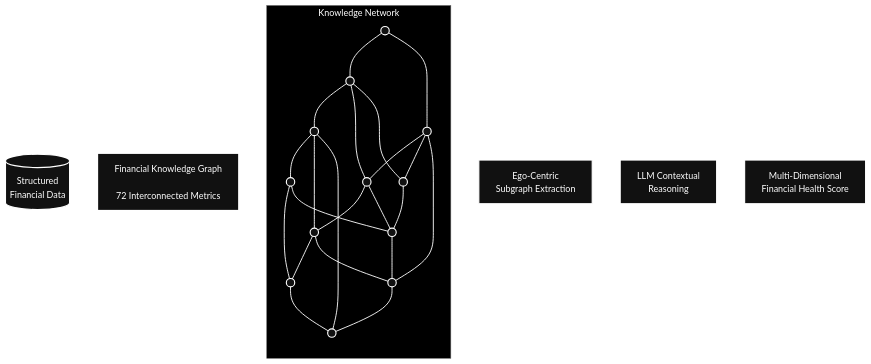
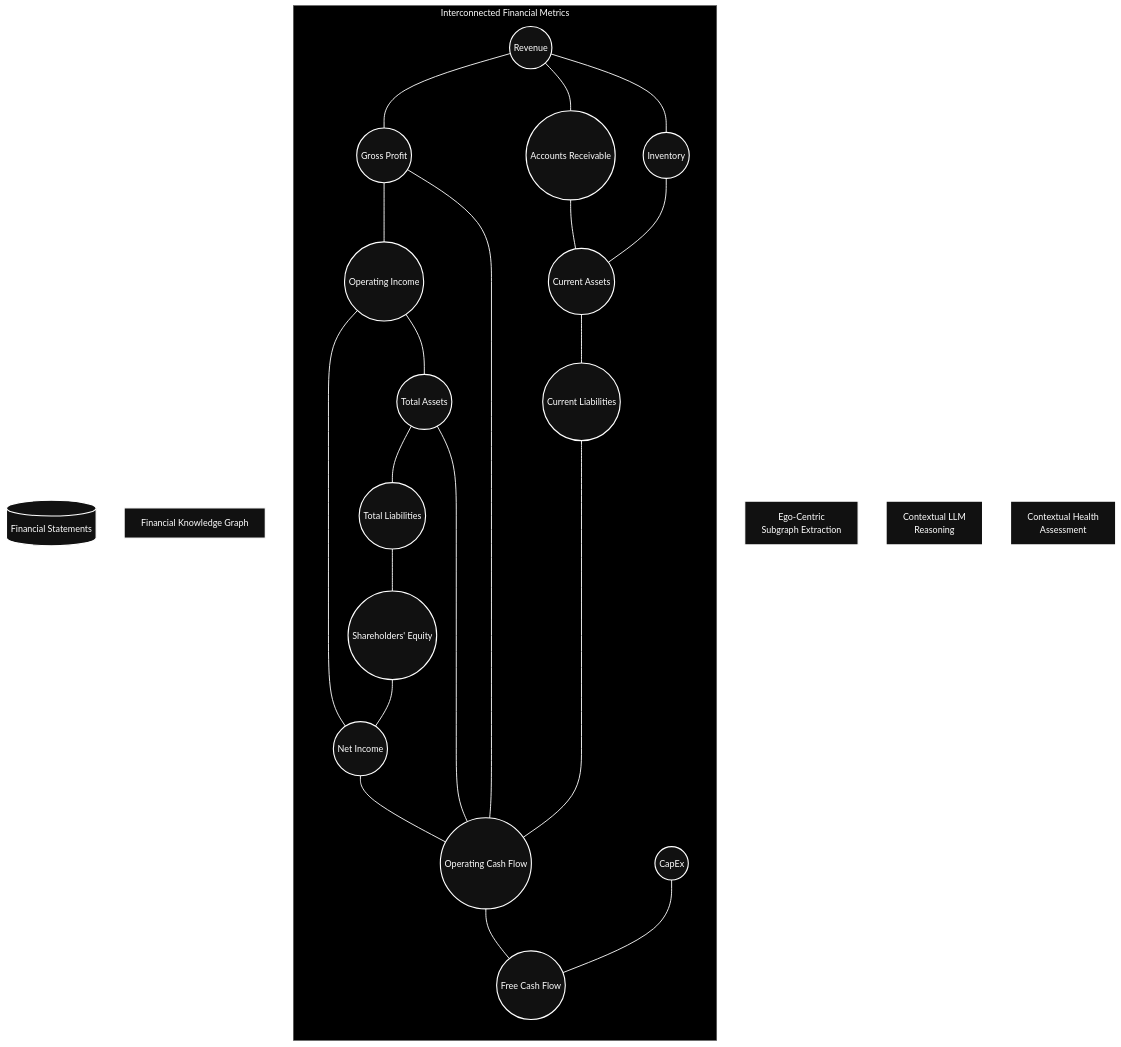
One commit to Shiva498689/GDG_PS changed the diagram in README.md. Above: the diagram before and after it, drawn with Mermaid.

````diff
--- a/README.md
+++ b/README.md
@@ -1,67 +1,77 @@
 ```mermaid
 flowchart LR
 
-    INPUT[(Structured<br/>Financial Data)]
+    INPUT[(Financial Statements)]
 
-    GRAPH["Financial Knowledge Graph<br/><br/>72 Interconnected Metrics"]
+    KG["Financial Knowledge Graph"]
 
-    subgraph NETWORK["Knowledge Network"]
+    subgraph GRAPH["Interconnected Financial Metrics"]
 
-        N1(( ))
-        N2(( ))
-        N3(( ))
-        N4(( ))
-        N5(( ))
-        N6(( ))
-        N7(( ))
-        N8(( ))
-        N9(( ))
-        N10(( ))
-        N11(( ))
-        N12(( ))
+        REV((Revenue))
+        GP((Gross Profit))
+        OI((Operating Income))
+        NI((Net Income))
 
-        N1 --- N2
-        N1 --- N5
-        N2 --- N3
-        N2 --- N6
-        N3 --- N4
-        N3 --- N7
-        N4 --- N8
-        N5 --- N6
-        N5 --- N9
-        N6 --- N7
-        N6 --- N10
-        N7 --- N8
-        N7 --- N11
-        N8 --- N12
-        N9 --- N10
-        N10 --- N11
-        N11 --- N12
-        N2 --- N9
-        N4 --- N10
-        N5 --- N11
-        N3 --- N12
+        CFO((Operating Cash Flow))
+        FCF((Free Cash Flow))
+
+        CA((Current Assets))
+        CL((Current Liabilities))
+
+        TA((Total Assets))
+        TL((Total Liabilities))
+
+        EQ((Shareholders' Equity))
+
+        AR((Accounts Receivable))
+        INV((Inventory))
+        CAPEX((CapEx))
+
+        REV --- GP
+        GP --- OI
+        OI --- NI
+
+        REV --- AR
+        REV --- INV
+
+        NI --- CFO
+        CFO --- FCF
+        CAPEX --- FCF
+
+        TA --- TL
+        TL --- EQ
+        TA --- CFO
+
+        CA --- CL
+        CL --- CFO
+
+        AR --- CA
+        INV --- CA
+
+        EQ --- NI
+        GP --- CFO
+        OI --- TA
 
     end
 
-    EGO["Ego-Centric<br/>Subgraph Extraction"]
+    SUB["Ego-Centric<br/>Subgraph Extraction"]
 
-    LLM["LLM Contextual<br/>Reasoning"]
+    LLM["Contextual LLM<br/>Reasoning"]
 
-    OUTPUT["Multi-Dimensional<br/>Financial Health Score"]
+    SCORE["Contextual Health<br/>Assessment"]
 
-    INPUT --> GRAPH
-    GRAPH --> NETWORK
-    NETWORK --> EGO
-    EGO --> LLM
-    LLM --> OUTPUT
+    INPUT --> KG
+    KG --> GRAPH
+    GRAPH --> SUB
+    SUB --> LLM
+    LLM --> SCORE
 
     classDef dark fill:#111111,stroke:#FFFFFF,color:#FFFFFF,stroke-width:2px;
 
-    class INPUT,GRAPH,EGO,LLM,OUTPUT dark;
-    class N1,N2,N3,N4,N5,N6,N7,N8,N9,N10,N11,N12 dark;
+    class INPUT,KG,SUB,LLM,SCORE dark;
+    class REV,GP,OI,NI,CFO,FCF,CA,CL,TA,TL,EQ,AR,INV,CAPEX dark;
 
-    style NETWORK fill:#000000,stroke:#666666,color:#FFFFFF
+    style GRAPH fill:#000000,stroke:#666666,color:#FFFFFF
 
     linkStyle default stroke:#FFFFFF,stroke-width:1.6px
 ```
````
